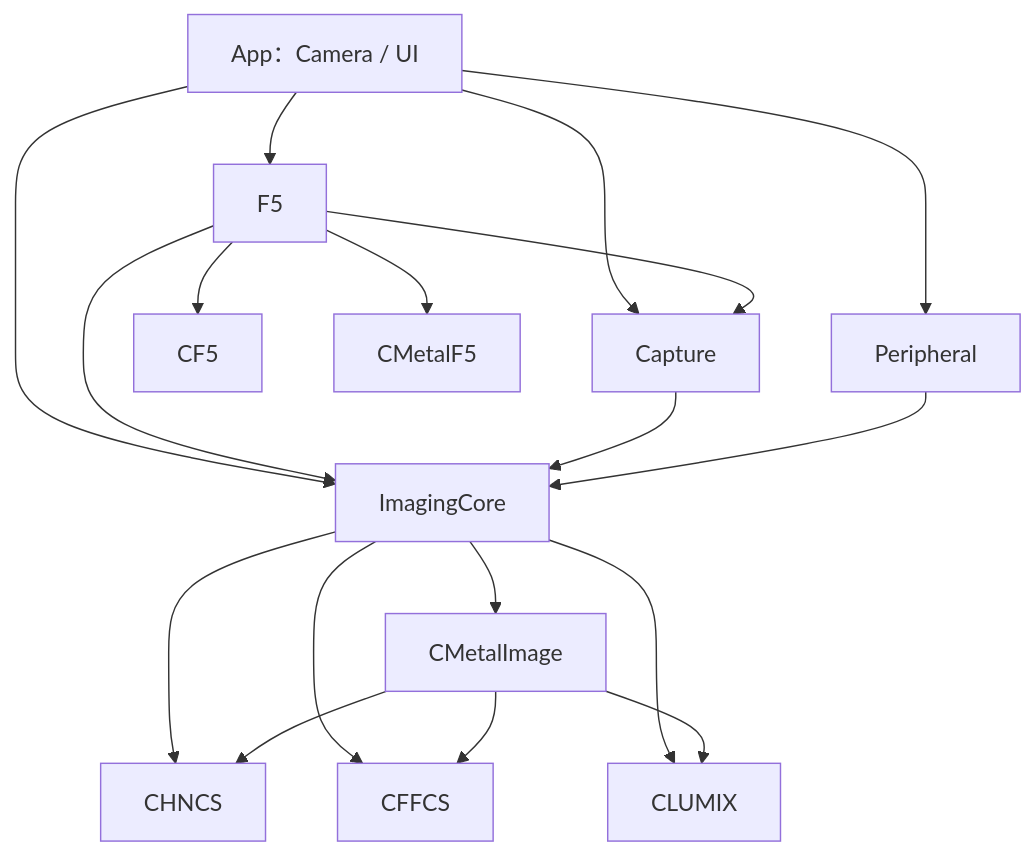
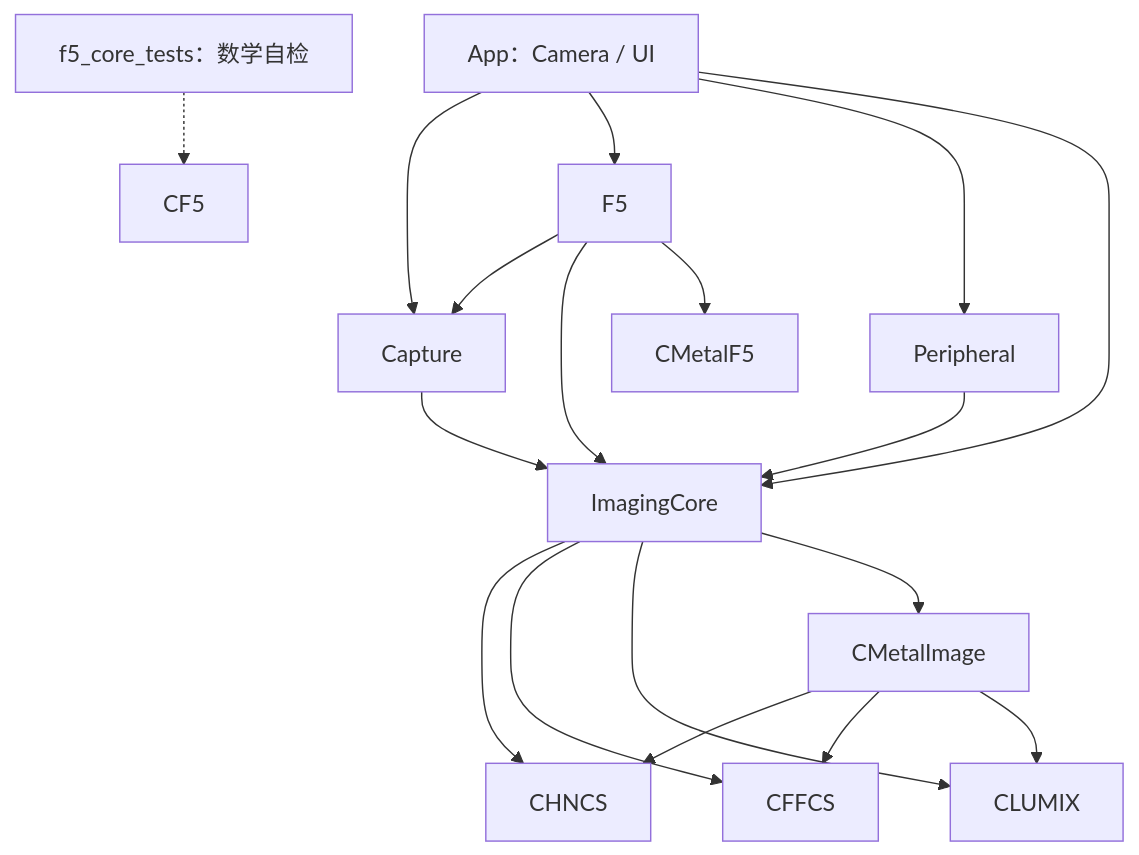
Before and after one commit to VonEquinox/GlassCam: the diagram in docs/architecture.md, drawn with Mermaid. The commit also changed other lines of this file and 3 other files, not shown here.

Commit message:
Clarify architecture, pixel domains, glossary, and documentation paths

````diff
--- a/docs/architecture.md
+++ b/docs/architecture.md
@@ -11,20 +13,20 @@
 ```mermaid
 flowchart TD
     App[App：Camera / UI] --> Capture
     App --> F5
     App --> Peripheral
     App --> ImagingCore
     F5 --> Capture
     F5 --> ImagingCore
-    F5 --> CF5
     F5 --> CMetalF5
+    NativeTests[f5_core_tests：数学自检] -.-> CF5
     Capture --> ImagingCore
     Peripheral --> ImagingCore
     ImagingCore --> CHNCS
     ImagingCore --> CFFCS
     ImagingCore --> CLUMIX
     ImagingCore --> CMetalImage
     CMetalImage --> CHNCS
     CMetalImage --> CFFCS
     CMetalImage --> CLUMIX
 ```
````
